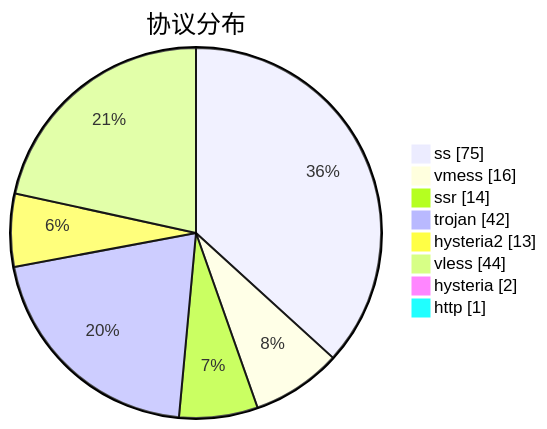
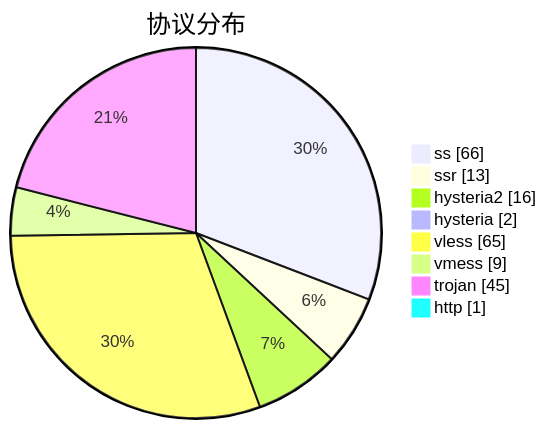
The third of 3 diagrams in subs/statistics/tested_within.md (sinspired/airport), drawn with Mermaid before and after one commit. The commit also changed other lines of this file and 2 other files, not shown here.

````diff
--- a/subs/statistics/tested_within.md
+++ b/subs/statistics/tested_within.md
@@ -49,12 +44,12 @@
 ```mermaid
 pie showData
 title 协议分布
-"ss" : 75
-"vmess" : 16
-"ssr" : 14
-"trojan" : 42
-"hysteria2" : 13
-"vless" : 44
+"ss" : 66
+"ssr" : 13
+"hysteria2" : 16
 "hysteria" : 2
+"vless" : 65
+"vmess" : 9
+"trojan" : 45
 "http" : 1
 ```
````
